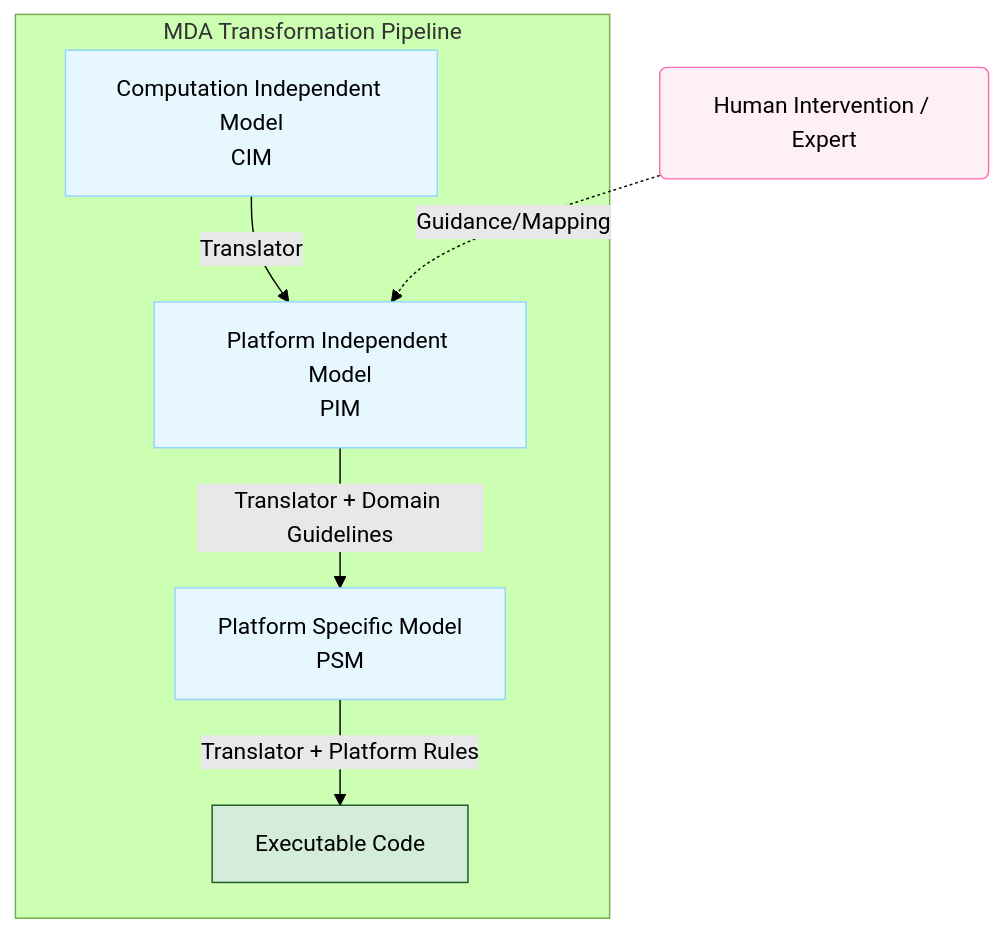
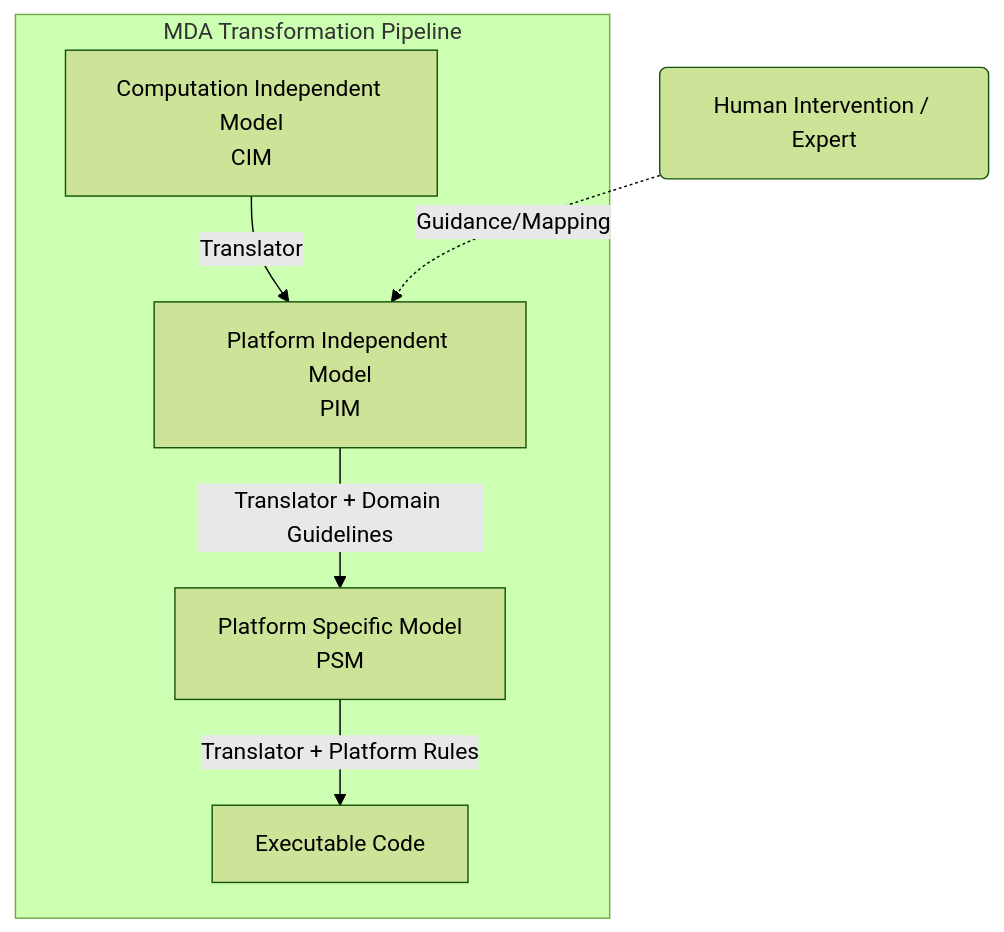
Before and after one commit to sujith-eag/sujith-library: the second of 2 diagrams in docs/mca/se/u21/u7.md, drawn with Mermaid (forest theme). The commit also changed 41 other files, not shown here.

First line of the commit message:
Refactor diagrams and remove redundant styles in documentation

````diff
--- a/docs/mca/se/u21/u7.md
+++ b/docs/mca/se/u21/u7.md
@@ -105,20 +105,12 @@
 ```mermaid
 flowchart TD
     Human(Human Intervention / Expert)
     
     subgraph MDA_Pipeline [MDA Transformation Pipeline]
         CIM[Computation Independent Model<br>CIM] -->|Translator| PIM[Platform Independent Model<br>PIM]
         PIM -->|Translator + Domain Guidelines| PSM[Platform Specific Model<br>PSM]
         PSM -->|Translator + Platform Rules| Code[Executable Code]
     end
 
     Human -.->|Guidance/Mapping| PIM
-
-    classDef process fill:#e6f7ff,stroke:#91d5ff
-    classDef success fill:#d4edda,stroke:#155724
-    classDef highlight fill:#fff0f5,stroke:#ff69b4
-
-    class CIM,PIM,PSM process
-    class Code success
-    class Human highlight
 ```
````
